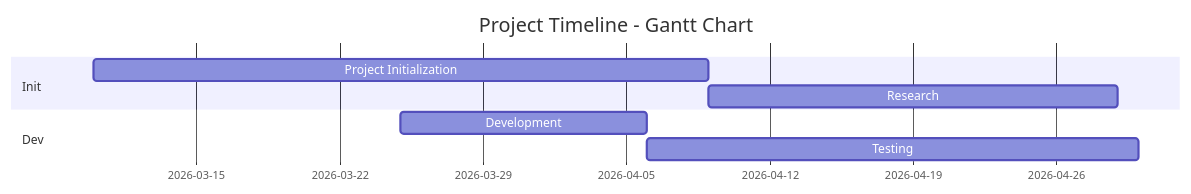
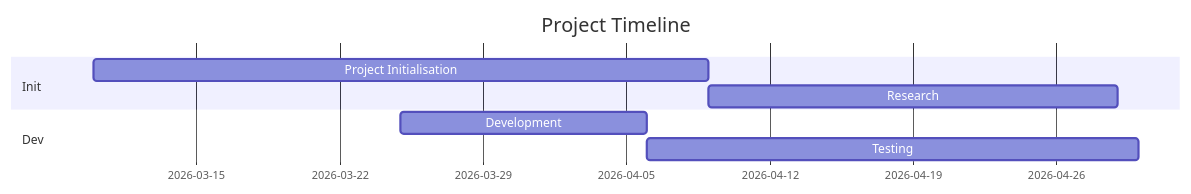
Before and after one commit to jesselsookha/andika: the second of 2 diagrams in README.md, drawn with Mermaid. The commit also changed other lines of this file, not shown here.

````diff
--- a/README.md
+++ b/README.md
@@ -123,11 +118,11 @@
 ```mermaid
 gantt
-    title Project Timeline - Gantt Chart
+    title Project Timeline
     dateFormat YYYY-MM-DD
     section Init
-        Project Initialization  :a1, 2026-03-10, 30d
+        Project Initialisation  :a1, 2026-03-10, 30d
         Research                :after a1, 20d
     section Dev
         Development             :2026-03-25, 12d
         Testing                 :24d
 ```
````
